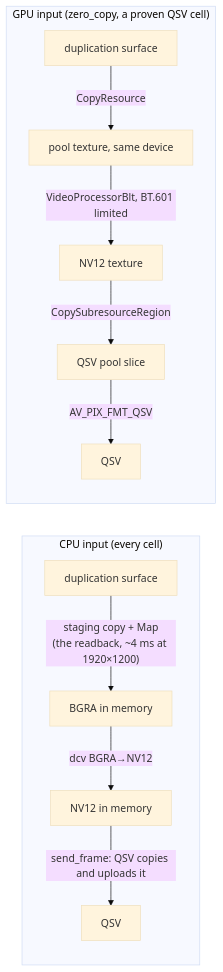
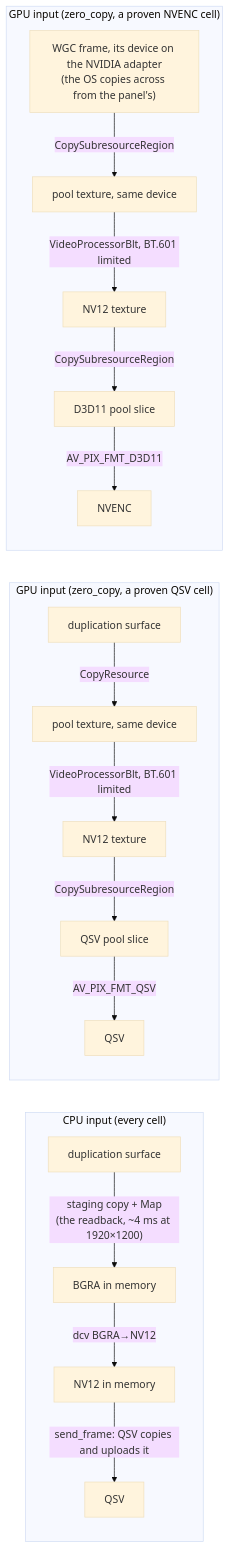
Before and after one commit to gjovanov/roomler-ai: the seventh of 9 diagrams in docs/encoders.md, drawn with Mermaid (base theme). The commit also changed other lines of this file and 18 other files, not shown here.

First line of the commit message:
feat(fr-118): P3 — the WGC arm hands NVENC its frames on the GPU

````diff
--- a/docs/encoders.md
+++ b/docs/encoders.md
@@ -538,14 +543,20 @@
 ```mermaid
 flowchart LR
   subgraph cpu["CPU input (every cell)"]
     A1[duplication surface] -->|"staging copy + Map<br/>(the readback, ~4 ms at 1920×1200)"| B1[BGRA in memory]
     B1 -->|dcv BGRA→NV12| C1[NV12 in memory]
     C1 -->|"send_frame: QSV copies and uploads it"| E1[QSV]
   end
   subgraph gpu["GPU input (zero_copy, a proven QSV cell)"]
     A2[duplication surface] -->|CopyResource| B2[pool texture, same device]
     B2 -->|"VideoProcessorBlt, BT.601 limited"| C2[NV12 texture]
     C2 -->|CopySubresourceRegion| D2[QSV pool slice]
     D2 -->|AV_PIX_FMT_QSV| E2[QSV]
   end
+  subgraph wgc["GPU input (zero_copy, a proven NVENC cell)"]
+    A3["WGC frame, its device on the NVIDIA adapter<br/>(the OS copies across from the panel's)"] -->|CopySubresourceRegion| B3[pool texture, same device]
+    B3 -->|"VideoProcessorBlt, BT.601 limited"| C3[NV12 texture]
+    C3 -->|CopySubresourceRegion| D3[D3D11 pool slice]
+    D3 -->|AV_PIX_FMT_D3D11| E3[NVENC]
+  end
 ```
````
